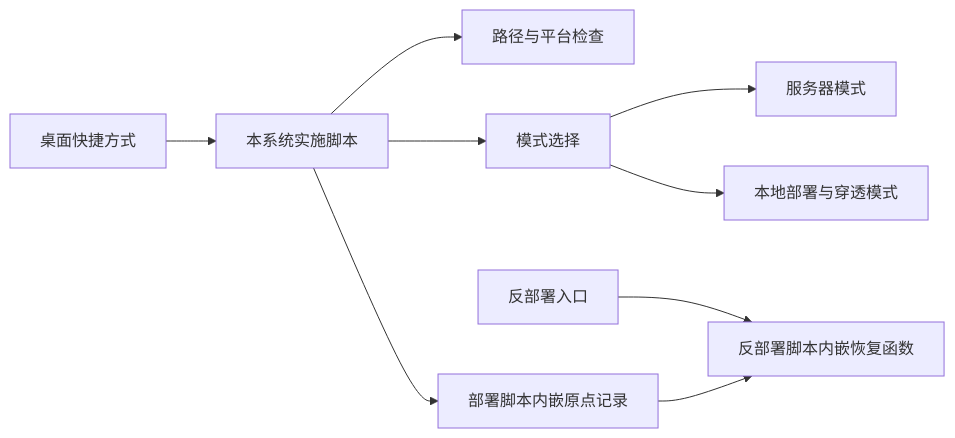
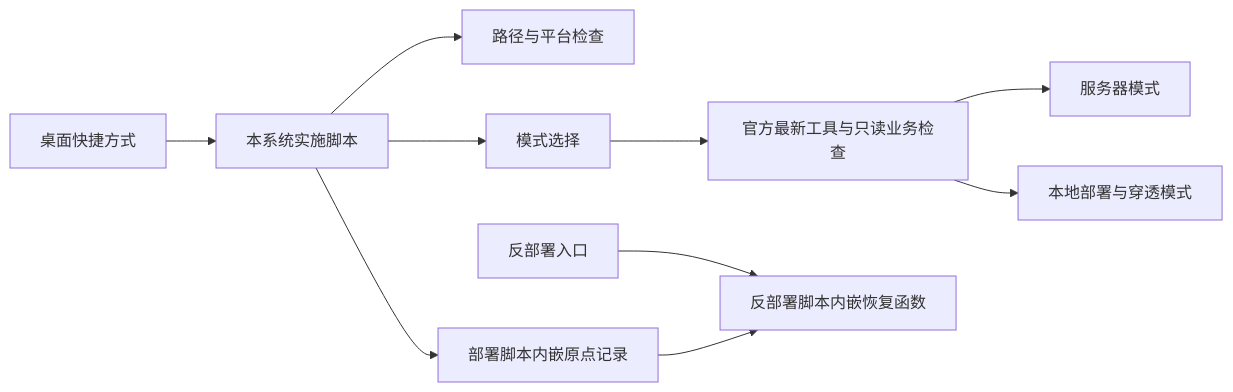
The diagram in 部署/RockyLinux/代码地图/代码地图.md (JobsKits/AcademicServices), drawn with Mermaid before and after one commit. The commit also changed other lines of this file and 85 other files, not shown here.

````diff
--- a/部署/RockyLinux/代码地图/代码地图.md
+++ b/部署/RockyLinux/代码地图/代码地图.md
@@ -26,11 +28,12 @@
 ```mermaid
 flowchart LR
     Wrapper[桌面快捷方式] --> Script[本系统实施脚本]
     Script --> Check[路径与平台检查]
     Script --> Mode[模式选择]
-    Mode --> Server[服务器模式]
-    Mode --> Local[本地部署与穿透模式]
+    Mode --> Latest[官方最新工具与只读业务检查]
+    Latest --> Server[服务器模式]
+    Latest --> Local[本地部署与穿透模式]
     Script --> State[部署脚本内嵌原点记录]
     Undo[反部署入口] --> Restore[反部署脚本内嵌恢复函数]
     State --> Restore
 ```
````
